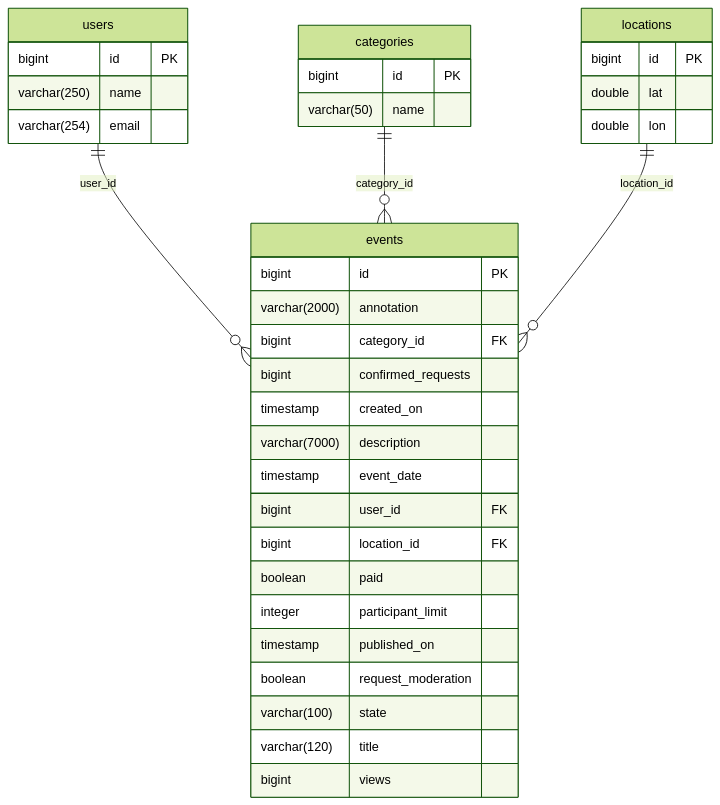
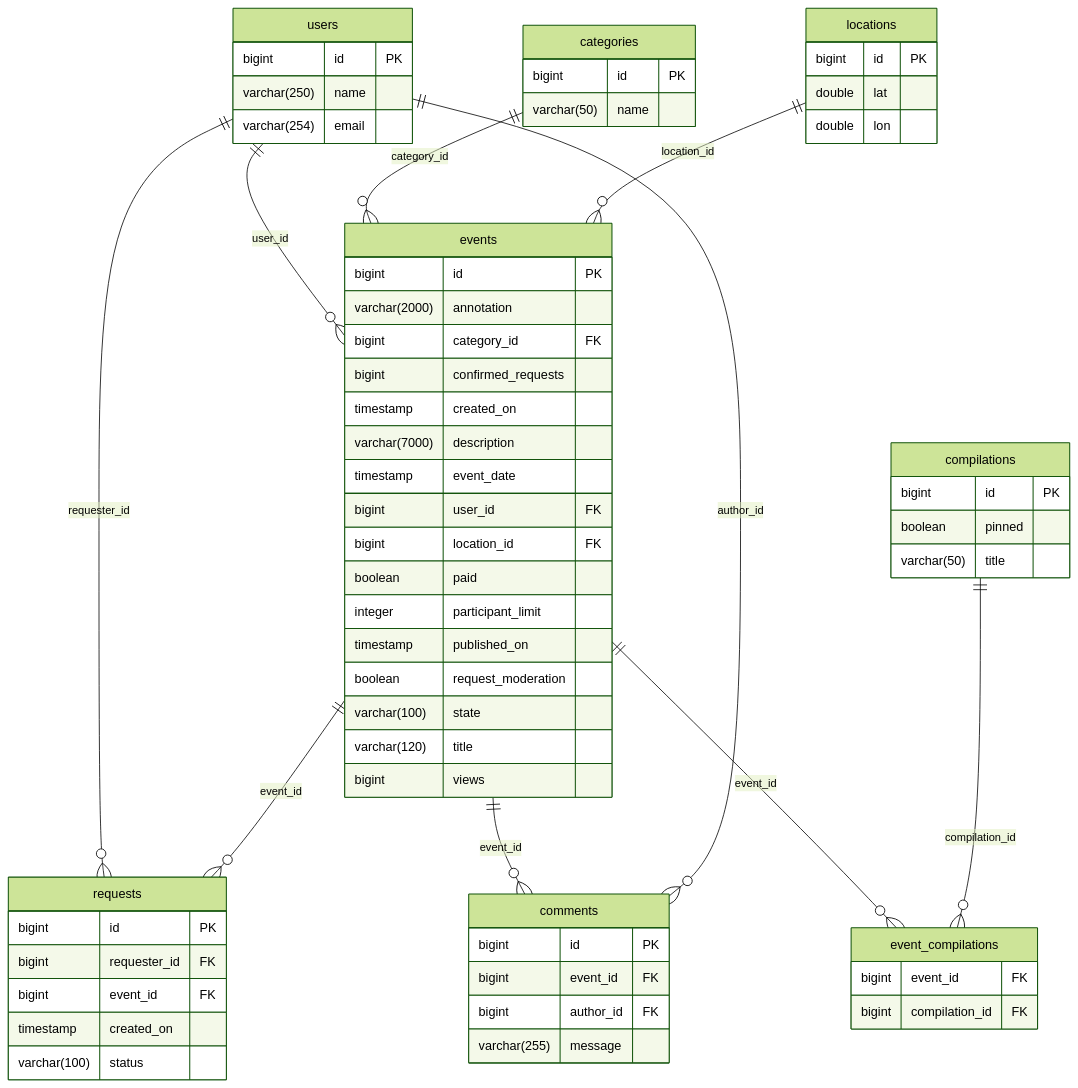
The first of 2 diagrams in README.md (kpak292/java-explore-with-me-plus), drawn with Mermaid (forest theme) before and after one commit. The commit also changed 6 other files, not shown here.

````diff
--- a/README.md
+++ b/README.md
@@ -7,42 +7,74 @@
 ```mermaid
 erDiagram
     categories {
         bigint id PK
         varchar(50) name
     }
 
     users {
         bigint id PK
         varchar(250) name
         varchar(254) email
     }
 
     locations {
         bigint id PK
         double lat
         double lon
     }
 
     events {
         bigint id PK
         varchar(2000) annotation
         bigint category_id FK
         bigint confirmed_requests
         timestamp created_on
         varchar(7000) description
         timestamp event_date
         bigint user_id FK
         bigint location_id FK
         boolean paid
         integer participant_limit
         timestamp published_on
         boolean request_moderation
         varchar(100) state
         varchar(120) title
         bigint views
     }
 
+    requests {
+        bigint id PK
+        bigint requester_id FK
+        bigint event_id FK
+        timestamp created_on
+        varchar(100) status
+    }
+
+    compilations {
+        bigint id PK
+        boolean pinned
+        varchar(50) title
+    }
+
+    event_compilations {
+        bigint event_id FK
+        bigint compilation_id FK
+    }
+
+    comments {
+        bigint id PK
+        bigint event_id FK
+        bigint author_id FK
+        varchar(255) message
+    }
+    
     users ||--o{ events: user_id
+    users ||--o{ requests: requester_id
+    events ||--o{ requests: event_id
+    events ||--o{ comments: event_id
+    users ||--o{ comments: author_id
+    events ||--o{ event_compilations: event_id
+    compilations ||--o{ event_compilations: compilation_id
     categories ||--o{ events: category_id
     locations ||--o{ events: location_id
 ```
````
